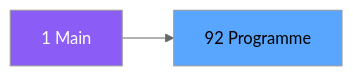
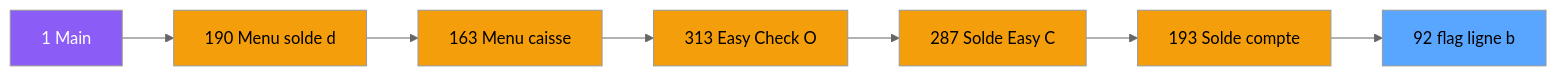
One commit to thonyAGP/magic-migration changed the second of 3 diagrams in .openspec/specs/ADH-IDE-92.md. Above: the diagram before and after it, drawn with Mermaid (neutral theme). The commit also changed other lines of this file and 323 other files, not shown here.

````diff
--- a/.openspec/specs/ADH-IDE-92.md
+++ b/.openspec/specs/ADH-IDE-92.md
@@ -98,8 +109,23 @@
 ```mermaid
 graph LR
     M[1 Main]
-    T[92 Programme]
-    M --> T
+    N190[190 Menu solde d]
+    N163[163 Menu caisse ]
+    N313[313 Easy Check O]
+    N287[287 Solde Easy C]
+    N193[193 Solde compte]
+    T[92 flag ligne b]
+    M --> N190
+    N190 --> N163
+    N163 --> N313
+    N313 --> N287
+    N287 --> N193
+    N193 --> T
     style M fill:#8b5cf6,color:#fff
+    style N190 fill:#f59e0b
+    style N163 fill:#f59e0b
+    style N313 fill:#f59e0b
+    style N287 fill:#f59e0b
+    style N193 fill:#f59e0b
     style T fill:#58a6ff,color:#000
 ```
````
